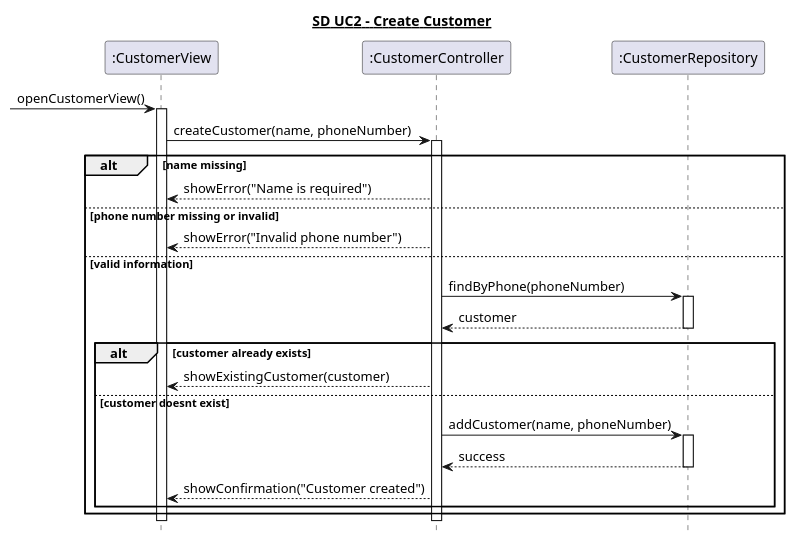
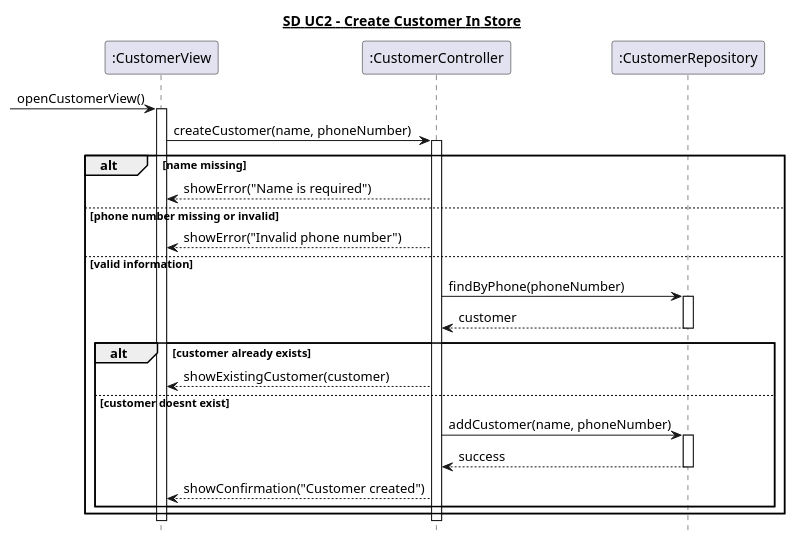
One commit to Zoabz/Getting-Real changed the diagram in 6. Sekvensdiagrammer/UC2_opret_kunde.puml. Above: the diagram before and after it, drawn with PlantUML. The commit also changed 19 other files, not shown here.

```diff
--- a/6. Sekvensdiagrammer/UC2_opret_kunde.puml
+++ b/6. Sekvensdiagrammer/UC2_opret_kunde.puml
@@ -1,43 +1,43 @@
 @startuml
 hide footbox
-title <U>SD UC2 - Create Customer
+title <U>SD UC2 - Create Customer In Store</U>
 
 participant ":CustomerView" as View
 participant ":CustomerController" as Controller
 participant ":CustomerRepository" as Repository
 
 [-> View : openCustomerView()
 activate View
 
 View -> Controller : createCustomer(name, phoneNumber)
 activate Controller
 
 alt name missing
     Controller --> View : showError("Name is required")
 
 else phone number missing or invalid
     Controller --> View : showError("Invalid phone number")
 
 else valid information
     Controller -> Repository : findByPhone(phoneNumber)
     activate Repository
     Repository --> Controller : customer
     deactivate Repository
 
     alt customer already exists
         Controller --> View : showExistingCustomer(customer)
 
     else customer doesnt exist
         Controller -> Repository : addCustomer(name, phoneNumber)
         activate Repository
         Repository --> Controller : success
         deactivate Repository
 
         Controller --> View : showConfirmation("Customer created")
     end
 end
 
 deactivate Controller
 deactivate View
 
 @enduml
```
